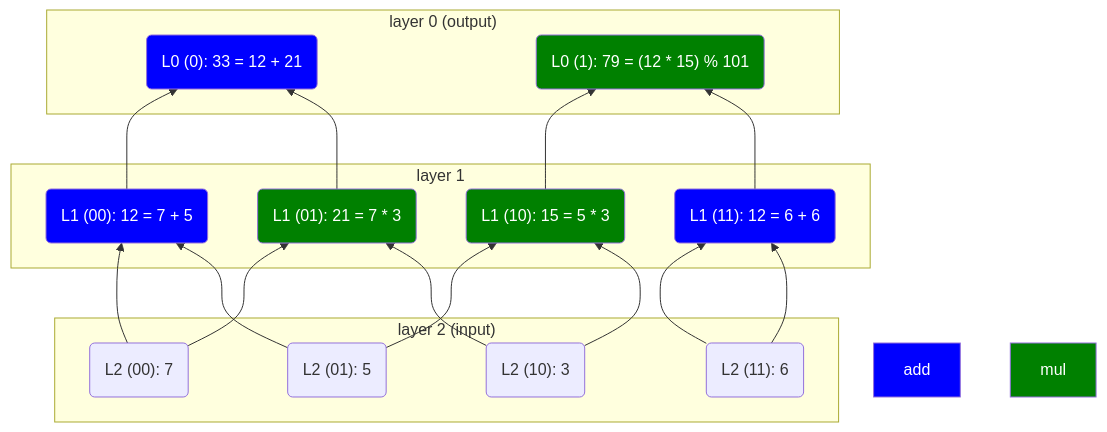
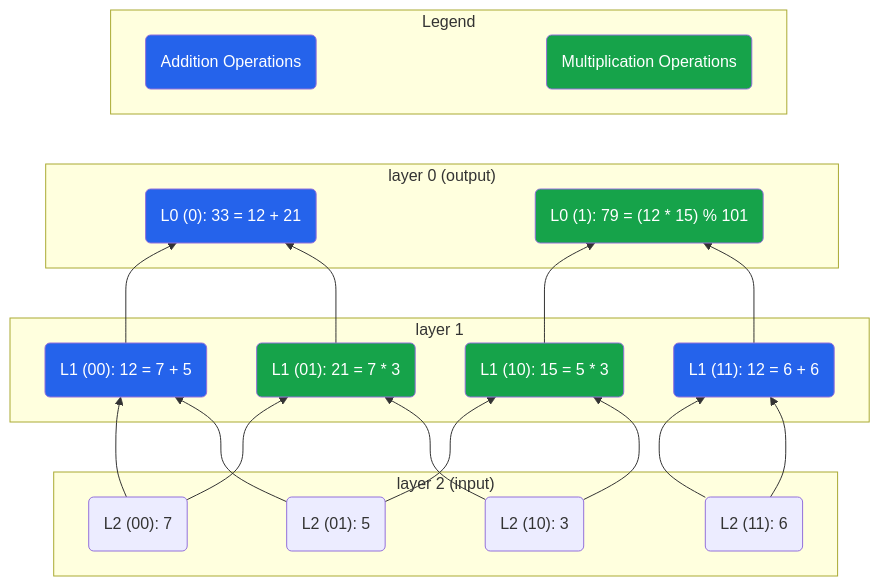
The diagram in content/gkr.md (electisec/blog-site), drawn with Mermaid before and after one commit. The commit also changed 3 other files, not shown here.

Commit message:
mermaid dark theme

````diff
--- a/content/gkr.md
+++ b/content/gkr.md
@@ -27,60 +27,63 @@
 ```mermaid
 graph BT
-	subgraph "layer 2 (input)"
-	a
-	b
-	c
-	d
-	end
+    subgraph "layer 2 (input)"
+        a("L2 (00): 7")
+        b("L2 (01): 5")
+        c("L2 (10): 3")
+        d("L2 (11): 6")
+    end
 
-	subgraph layer 1
-	l1_0
-	l1_1
-	l1_2
-	l1_3
-	end
+    subgraph "layer 1"
+        l1_0("L1 (00): 12 = 7 + 5")
+        l1_1("L1 (01): 21 = 7 * 3")
+        l1_2("L1 (10): 15 = 5 * 3")
+        l1_3("L1 (11): 12 = 6 + 6")
+    end
 
-	subgraph "layer 0 (output)"
-	l0_0
-	l0_1
-	end
+    subgraph "layer 0 (output)"
+        l0_0("L0 (0): 33 = 12 + 21")
+        l0_1("L0 (1): 79 = (12 * 15) % 101")
+    end
 
-	add
-	mul
+    %% Legend positioned below
+    subgraph "Legend"
+        legend_add("Addition Operations")
+        legend_mul("Multiplication Operations")
+    end
 
+    %% Connections from input to layer 1
+    a --> l1_0
+    a --> l1_1
+    b --> l1_0
+    b --> l1_2
+    c --> l1_1
+    c --> l1_2
+    d --> l1_3
+    d --> l1_3
 
-	a --> l1_0
-	a --> l1_1
-	b --> l1_0
-	b --> l1_2
-	c --> l1_1
-	c --> l1_2
-	d --> l1_3
-	d --> l1_3
+    %% Connections from layer 1 to output
+    l1_0 --> l0_0
+    l1_1 --> l0_0
+    l1_2 --> l0_1
+    l1_3 --> l0_1
 
-	l1_0 --> l0_0
-	l1_1 --> l0_0
-	l1_2 --> l0_1
-	l1_3 --> l0_1
+    %% Invisible connection to position legend below
+    l0_0 -.-> legend_add
+    l0_1 -.-> legend_mul
 
-	a("L2 (00): 7")
-	b("L2 (01): 5")
-	c("L2 (10): 3")
-	d("L2 (11): 6")
-	l1_0("L1 (00): 12 = 7 + 5")
-	l1_1("L1 (01): 21 = 7 * 3")
-	l1_2("L1 (10): 15 = 5 * 3")
-	l1_3("L1 (11): 12 = 6 + 6")
-	l0_0("L0 (0): 33 = 12 + 21")
-	l0_1("L0 (1): 79 = (12 * 15) % 101")
+    %% Styling for addition operations (blue)
+    style l1_0 fill:#2563eb,color:#fff
+    style l1_3 fill:#2563eb,color:#fff
+    style l0_0 fill:#2563eb,color:#fff
+    style legend_add fill:#2563eb,color:#fff
 
-	style add fill:blue,color:#fff
-	style l1_0 fill:blue,color:#fff
-	style l1_3 fill:blue,color:#fff
-	style l0_0 fill:blue,color:#fff
+    %% Styling for multiplication operations (green)
+    style l1_1 fill:#16a34a,color:#fff
+    style l1_2 fill:#16a34a,color:#fff
+    style l0_1 fill:#16a34a,color:#fff
+    style legend_mul fill:#16a34a,color:#fff
 
-	style mul fill:green,color:#fff
-	style l1_1 fill:green,color:#fff
-	style l1_2 fill:green,color:#fff
-	style l0_1 fill:green,color:#fff
+    %% Hide the positioning arrows
+    linkStyle 12 stroke:transparent
+    linkStyle 13 stroke:transparent
 ```
````
